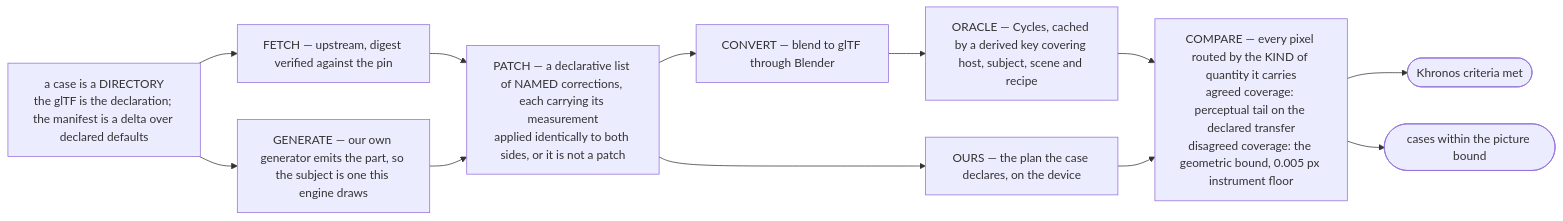
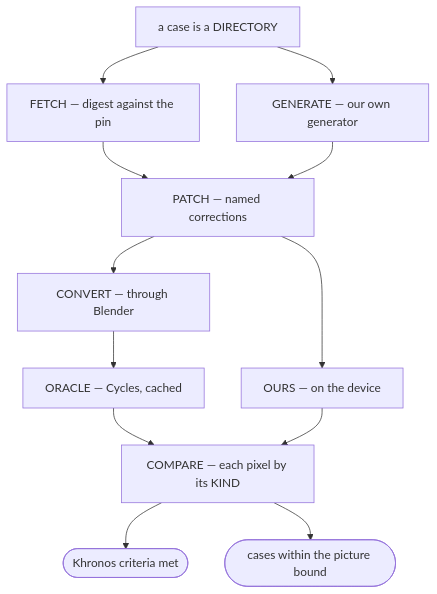
One commit to Weichwolf/outshine changed the fifth of 5 diagrams in CLAUDE.md. Above: the diagram before and after it, drawn with Mermaid. The commit also changed other lines of this file, not shown here.

````diff
--- a/CLAUDE.md
+++ b/CLAUDE.md
@@ -258,20 +311,20 @@
 ```mermaid
-flowchart LR
-  decl["a case is a DIRECTORY<br/>the glTF is the declaration; the manifest is a delta over declared defaults"]
-  fetch["FETCH — upstream, digest verified against the pin"]
-  grow["GENERATE — our own generator emits the part, so the subject is one this engine draws"]
-  patch["PATCH — a declarative list of NAMED corrections, each carrying its measurement<br/>applied identically to both sides, or it is not a patch"]
-  conv["CONVERT — blend to glTF through Blender"]
-  ora["ORACLE — Cycles, cached by a derived key covering host, subject, scene and recipe"]
-  ours["OURS — the plan the case declares, on the device"]
-  cmp["COMPARE — every pixel routed by the KIND of quantity it carries<br/>agreed coverage: perceptual tail on the declared transfer<br/>disagreed coverage: the geometric bound, 0.005 px instrument floor"]
+flowchart TD
+  decl["a case is a DIRECTORY"]
+  fetch["FETCH — digest against the pin"]
+  grow["GENERATE — our own generator"]
+  patch["PATCH — named corrections"]
+  conv["CONVERT — through Blender"]
+  ora["ORACLE — Cycles, cached"]
+  ours["OURS — on the device"]
+  cmp["COMPARE — each pixel by its KIND"]
   n1(["Khronos criteria met"])
   n2(["cases within the picture bound"])
 
   decl --> fetch --> patch
   decl --> grow --> patch
   patch --> conv --> ora --> cmp
   patch --> ours --> cmp
   cmp --> n1
   cmp --> n2
 ```
````
